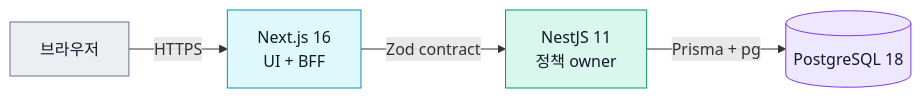
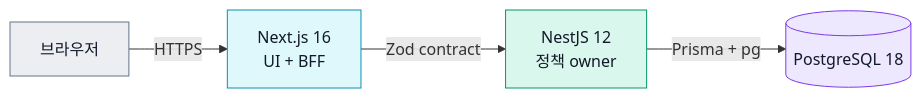
Before and after one commit to woohyun365/dormduri: the first of 2 diagrams in README.md, drawn with Mermaid. The commit also changed other lines of this file and 13 other files, not shown here.

````diff
--- a/README.md
+++ b/README.md
@@ -30,11 +30,11 @@
 ```mermaid
 flowchart LR
     Browser[브라우저]:::external -->|HTTPS| Web[Next.js 16<br/>UI + BFF]:::frontend
-    Web -->|Zod contract| API[NestJS 11<br/>정책 owner]:::backend
+    Web -->|Zod contract| API[NestJS 12<br/>정책 owner]:::backend
     API -->|Prisma + pg| DB[(PostgreSQL 18)]:::database
 
     classDef frontend fill:#def8fc,stroke:#0891b2,color:#111827
     classDef backend fill:#daf7ed,stroke:#059669,color:#111827
     classDef database fill:#ede8fe,stroke:#7c3aed,color:#111827
     classDef external fill:#eceef2,stroke:#64748b,color:#111827
 ```
````
